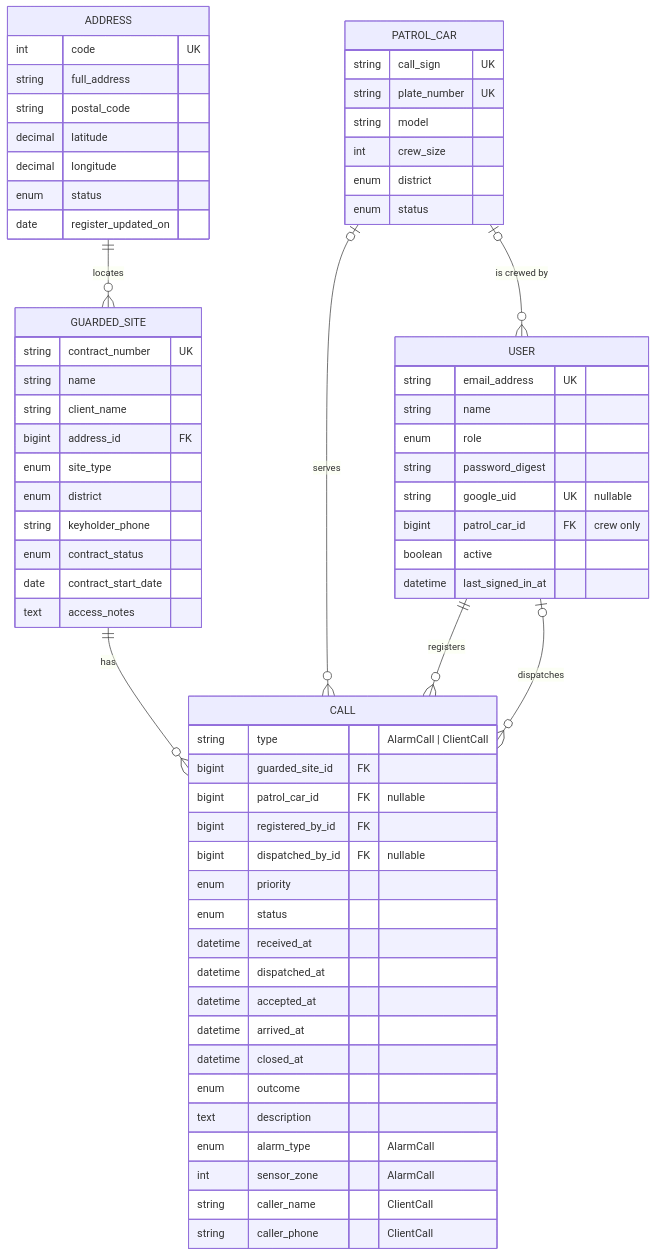
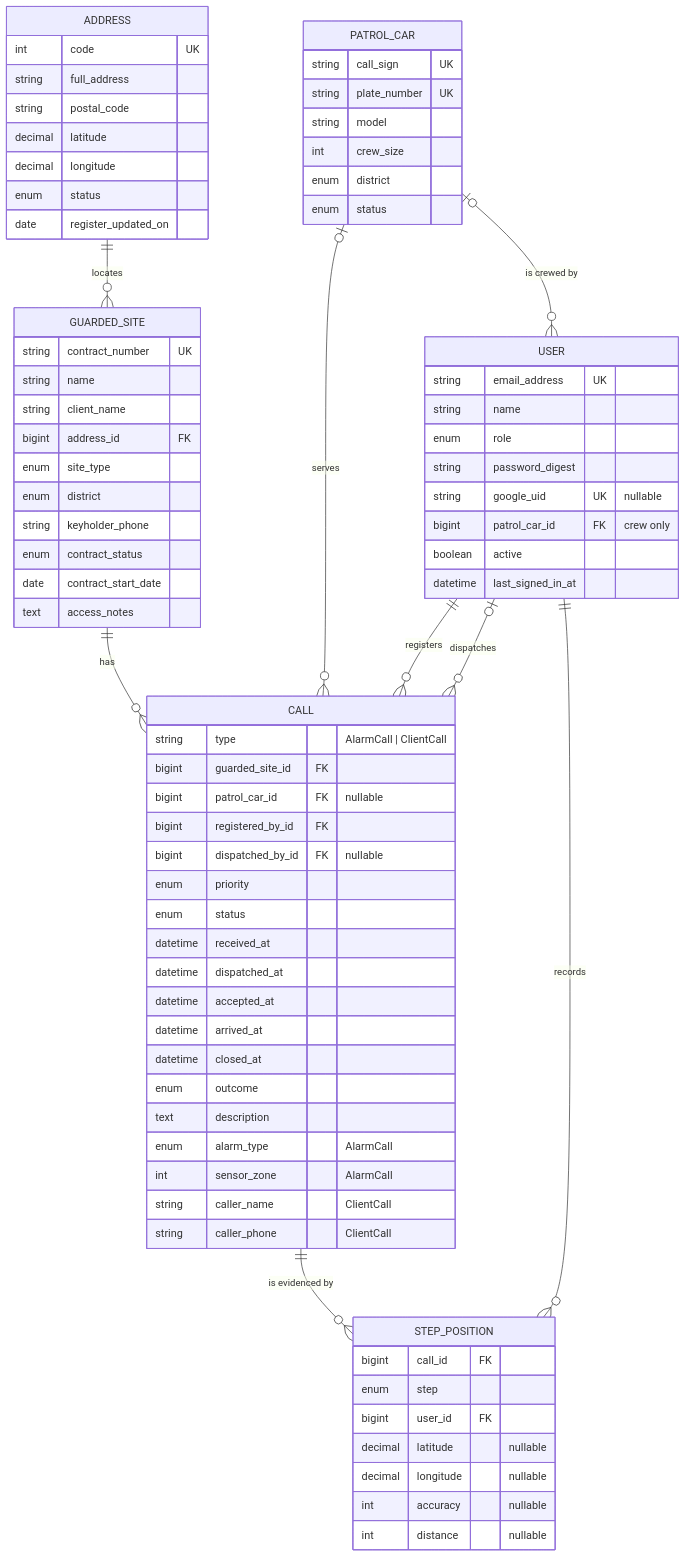
The first of 2 diagrams in SPECIFICATION.md (jromanovs/patrol-call-system), drawn with Mermaid before and after one commit. The commit also changed other lines of this file, not shown here.

First line of the commit message:
docs(spec): the position of the crew's phone at its steps, and the route (CRW-07, CRW-08)

````diff
--- a/SPECIFICATION.md
+++ b/SPECIFICATION.md
@@ -182,68 +195,79 @@
 ```mermaid
 erDiagram
     ADDRESS ||--o{ GUARDED_SITE : "locates"
     GUARDED_SITE ||--o{ CALL : "has"
     PATROL_CAR |o--o{ CALL : "serves"
     USER ||--o{ CALL : "registers"
     USER |o--o{ CALL : "dispatches"
     PATROL_CAR |o--o{ USER : "is crewed by"
+    CALL ||--o{ STEP_POSITION : "is evidenced by"
+    USER ||--o{ STEP_POSITION : "records"
     ADDRESS {
         int code UK
         string full_address
         string postal_code
         decimal latitude
         decimal longitude
         enum status
         date register_updated_on
     }
     GUARDED_SITE {
         string contract_number UK
         string name
         string client_name
         bigint address_id FK
         enum site_type
         enum district
         string keyholder_phone
         enum contract_status
         date contract_start_date
         text access_notes
     }
     PATROL_CAR {
         string call_sign UK
         string plate_number UK
         string model
         int crew_size
         enum district
         enum status
     }
     USER {
         string email_address UK
         string name
         enum role
         string password_digest
         string google_uid UK "nullable"
         bigint patrol_car_id FK "crew only"
         boolean active
         datetime last_signed_in_at
     }
     CALL {
         string type "AlarmCall | ClientCall"
         bigint guarded_site_id FK
         bigint patrol_car_id FK "nullable"
         bigint registered_by_id FK
         bigint dispatched_by_id FK "nullable"
         enum priority
         enum status
         datetime received_at
         datetime dispatched_at
         datetime accepted_at
         datetime arrived_at
         datetime closed_at
         enum outcome
         text description
         enum alarm_type "AlarmCall"
         int sensor_zone "AlarmCall"
         string caller_name "ClientCall"
         string caller_phone "ClientCall"
     }
+    STEP_POSITION {
+        bigint call_id FK
+        enum step
+        bigint user_id FK
+        decimal latitude "nullable"
+        decimal longitude "nullable"
+        int accuracy "nullable"
+        int distance "nullable"
+    }
 ```
````
